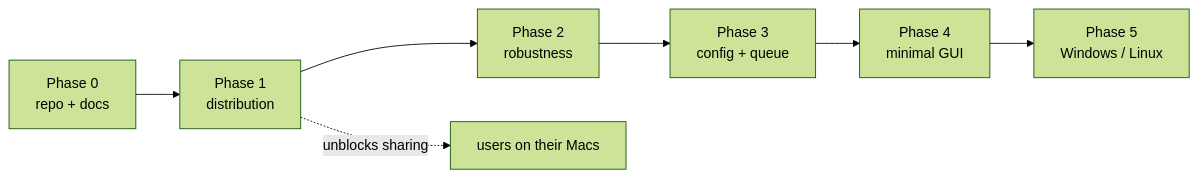
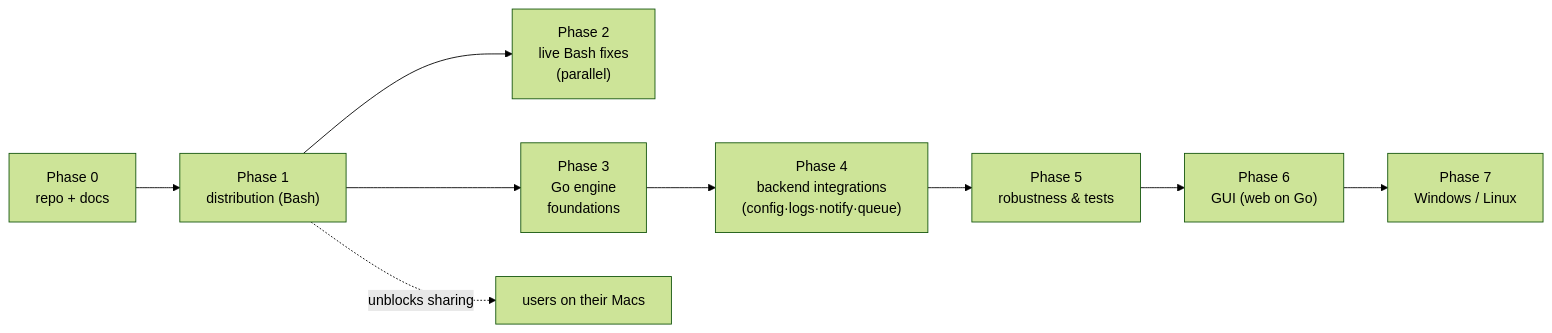
One commit to alergyonthestage/ytdl changed the first of 2 diagrams in docs/roadmap.md. Above: the diagram before and after it, drawn with Mermaid (forest theme). The commit also changed other lines of this file and 3 other files, not shown here.

First line of the commit message:
docs: record Go single-engine stack decision (ADR-0003), reshape roadmap

````diff
--- a/docs/roadmap.md
+++ b/docs/roadmap.md
@@ -7,9 +13,11 @@
 ```mermaid
 flowchart LR
-    P0["Phase 0<br/>repo + docs"] --> P1["Phase 1<br/>distribution"]
-    P1 --> P2["Phase 2<br/>robustness"]
-    P2 --> P3["Phase 3<br/>config + queue"]
-    P3 --> P4["Phase 4<br/>minimal GUI"]
-    P4 --> P5["Phase 5<br/>Windows / Linux"]
+    P0["Phase 0<br/>repo + docs"] --> P1["Phase 1<br/>distribution (Bash)"]
+    P1 --> P2["Phase 2<br/>live Bash fixes<br/>(parallel)"]
+    P1 --> P3["Phase 3<br/>Go engine<br/>foundations"]
+    P3 --> P4["Phase 4<br/>backend integrations<br/>(config·logs·notify·queue)"]
+    P4 --> P5["Phase 5<br/>robustness &amp; tests"]
+    P5 --> P6["Phase 6<br/>GUI (web on Go)"]
+    P6 --> P7["Phase 7<br/>Windows / Linux"]
     P1 -. "unblocks sharing" .-> U["users on their Macs"]
 ```
````
